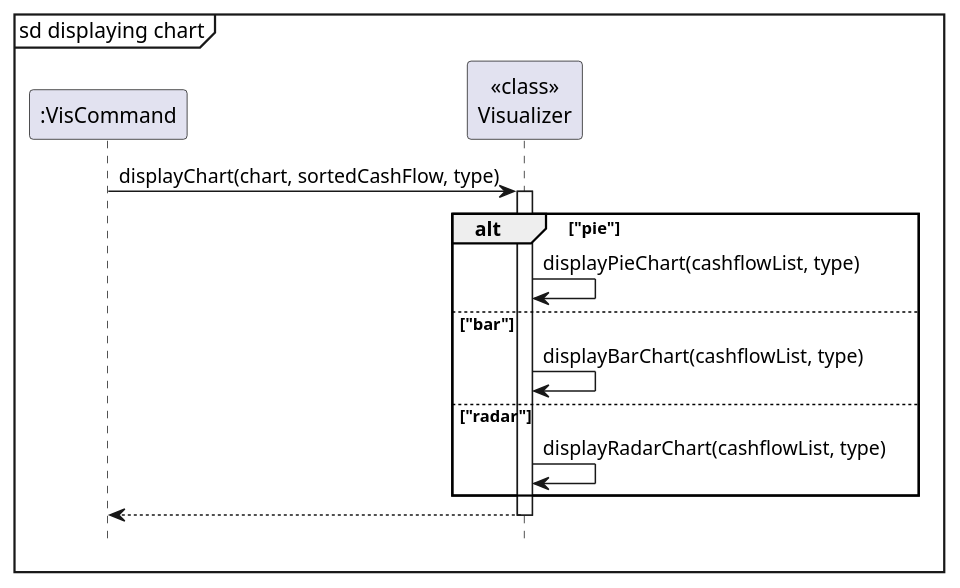
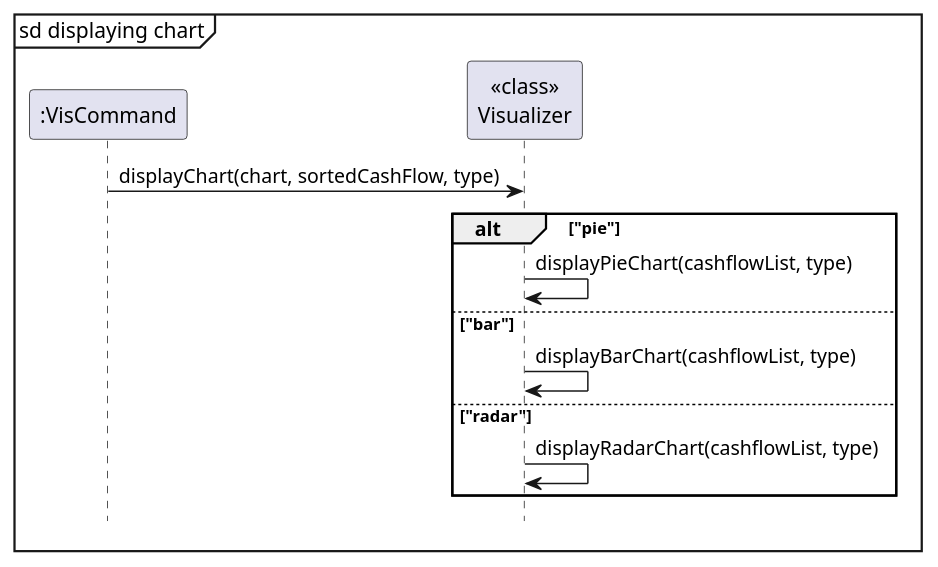
Before and after one commit to nus-cs2113-AY2324S1/tp: the diagram in docs/diagrams/vis/visualizerSequence.puml, drawn with PlantUML. The commit also changed 5 other files, not shown here.

Commit message:
Update Diagrams

```diff
--- a/docs/diagrams/vis/visualizerSequence.puml
+++ b/docs/diagrams/vis/visualizerSequence.puml
@@ -1,24 +1,24 @@
 @startuml
 
 mainframe sd displaying chart
 
 participant ":VisCommand"
 participant "<<class>>\nVisualizer"
 
 ":VisCommand"-> "<<class>>\nVisualizer": displayChart(chart, sortedCashFlow, type)
 
-activate "<<class>>\nVisualizer"
+
 
 alt "pie"
     "<<class>>\nVisualizer" -> "<<class>>\nVisualizer": displayPieChart(cashflowList, type)
 else "bar"
     "<<class>>\nVisualizer" -> "<<class>>\nVisualizer": displayBarChart(cashflowList, type)
 else "radar"
     "<<class>>\nVisualizer" -> "<<class>>\nVisualizer": displayRadarChart(cashflowList, type)
 end
 
-return
+
 
 hide footbox
 
 @enduml
```
